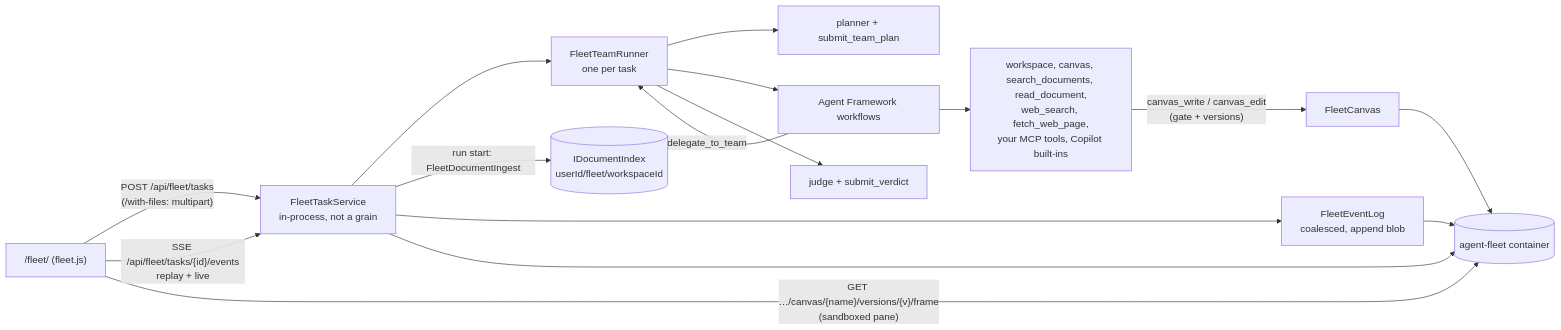
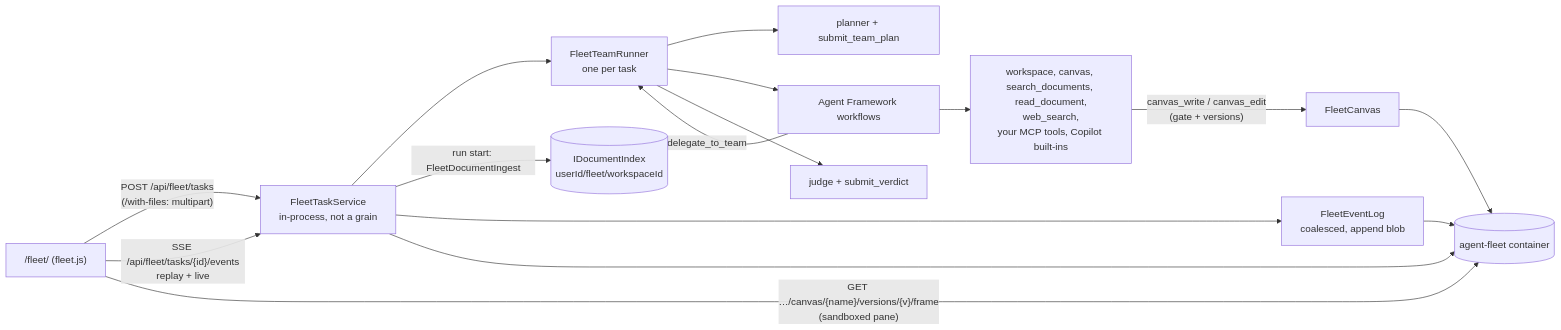
Before and after one commit to Expecho/Agent42: the diagram in docs/features/agent-fleet.md, drawn with Mermaid. The commit also changed 85 other files, not shown here.

First line of the commit message:
feat(web): remove fetch_web_page and the context.dev dependency (ADR 0125) (#237)

````diff
--- a/docs/features/agent-fleet.md
+++ b/docs/features/agent-fleet.md
@@ -57,18 +57,18 @@
 ```mermaid
 flowchart LR
   Page["/fleet/ (fleet.js)"] -- "POST /api/fleet/tasks<br/>(/with-files: multipart)" --> Service[FleetTaskService<br/>in-process, not a grain]
   Page -- "SSE /api/fleet/tasks/{id}/events<br/>replay + live" --> Service
   Service --> Runner[FleetTeamRunner<br/>one per task]
   Runner --> Planner[planner + submit_team_plan]
   Runner --> WF[Agent Framework workflows]
   Runner --> Judge[judge + submit_verdict]
   WF -- delegate_to_team --> Runner
-  WF --> Tools[workspace, canvas, search_documents, read_document,<br/>web_search, fetch_web_page,<br/>your MCP tools, Copilot built-ins]
+  WF --> Tools[workspace, canvas, search_documents, read_document,<br/>web_search,<br/>your MCP tools, Copilot built-ins]
   Tools -- "canvas_write / canvas_edit<br/>(gate + versions)" --> Canvas[FleetCanvas]
   Canvas --> Blob
   Page -- "GET …/canvas/{name}/versions/{v}/frame<br/>(sandboxed pane)" --> Blob
   Service -- "run start: FleetDocumentIngest" --> Index[(IDocumentIndex<br/>userId/fleet/workspaceId)]
   Service --> Log[FleetEventLog<br/>coalesced, append blob]
   Log --> Blob[(agent-fleet container)]
   Service --> Blob
 ```
````
